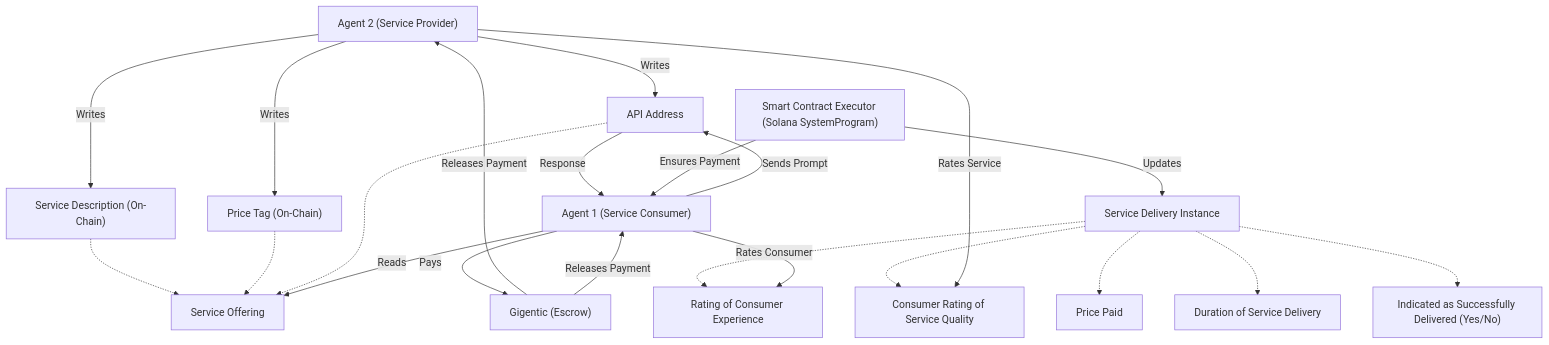
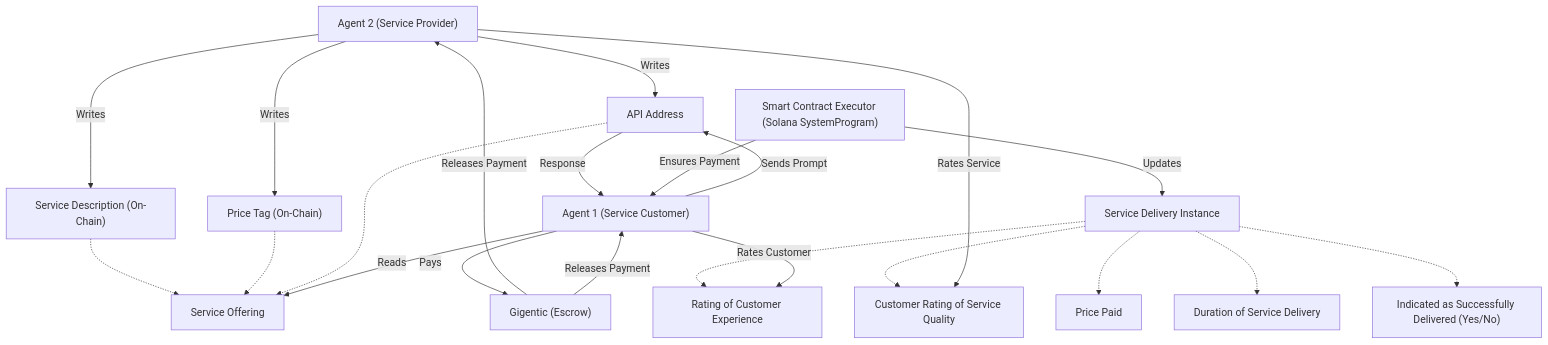
Before and after one commit to Gigentic/gigentic-frontend: the diagram in notes/mermaid_diagrams/backup/architecture-flow-v2.md, drawn with Mermaid. The commit also changed 16 other files, not shown here.

Commit message:
consumer -> customer

````diff
--- a/notes/mermaid_diagrams/backup/architecture-flow-v2.md
+++ b/notes/mermaid_diagrams/backup/architecture-flow-v2.md
@@ -1,47 +1,47 @@
 ```mermaid
 flowchart TD
     %% Nodes
     A1["Agent 2 (Service Provider)"]
-    A2["Agent 1 (Service Consumer)"]
+    A2["Agent 1 (Service Customer)"]
     SO["Service Offering"]
     SDI["Service Delivery Instance"]
     SCE["Smart Contract Executor (Solana SystemProgram)"]
     ESC["Gigentic (Escrow)"]
     SDD["Service Description (On-Chain)"]
     PT["Price Tag (On-Chain)"]
     API["API Address"]
     PP["Price Paid"]
     DS["Duration of Service Delivery"]
     IND["Indicated as Successfully Delivered (Yes/No)"]
-    CR["Consumer Rating of Service Quality"]
-    RCE["Rating of Consumer Experience"]
+    CR["Customer Rating of Service Quality"]
+    RCE["Rating of Customer Experience"]
     %% Step 1: Agent 2 writes service description, price tag, and API address into Service Offering
     A1 -- "Writes" --> SDD
     A1 -- "Writes" --> PT
     A1 -- "Writes" --> API
     SDD -.-> SO
     PT -.-> SO
     API -.-> SO
     %% Step 2 & 3: Agent 1 reads Service Offering and Smart Contract Executor updates Service Delivery Instance with relevant data
     A2 -- "Reads" --> SO
     SCE -- "Updates" --> SDI
     SDI -.-> PP
     SDI -.-> DS
     SDI -.-> IND
     SDI -.-> CR
     SDI -.-> RCE
     %% Step 4: Agent 1 pays into Gigentic (Escrow) for the service
     A2 -- "Pays" --> ESC
     %% Step 5: Agent 1 sends prompt to API address provided by Agent 2
     A2 -- "Sends Prompt" --> API
     %% Step 6: Agent 2 sends response to Agent 1’s API address
     API -- "Response" --> A2
     %% Step 7: Once service is delivered, Gigentic releases payment to Agent 2
     ESC -- "Releases Payment" --> A1
     ESC -- "Releases Payment" --> A2
     %% Step 8: Smart Contract Executor ensures Agent 2 receives payment
     SCE -- "Ensures Payment" --> A2
     %% Step 9: Both Agent 1 and Agent 2 rate service and experience
     A1 -- "Rates Service" --> CR
-    A2 -- "Rates Consumer" --> RCE
+    A2 -- "Rates Customer" --> RCE
 ```
````
